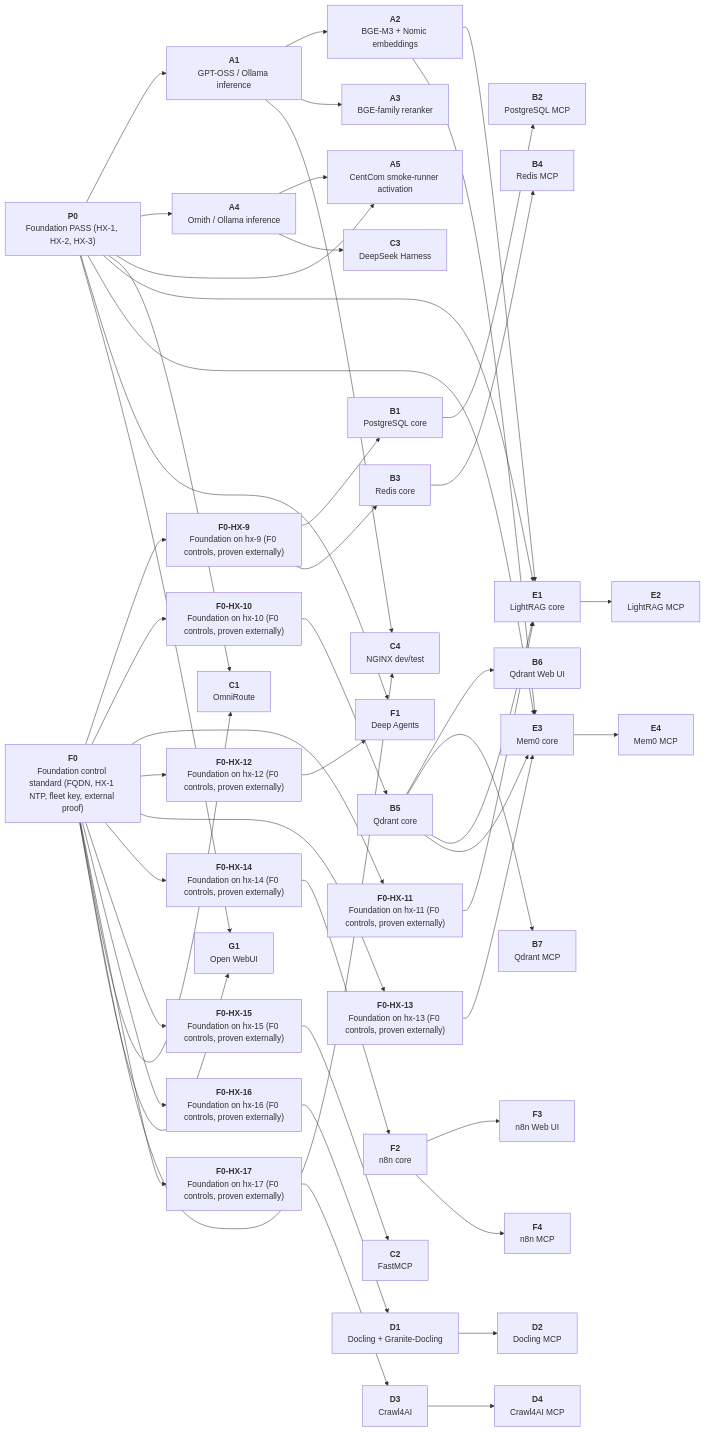
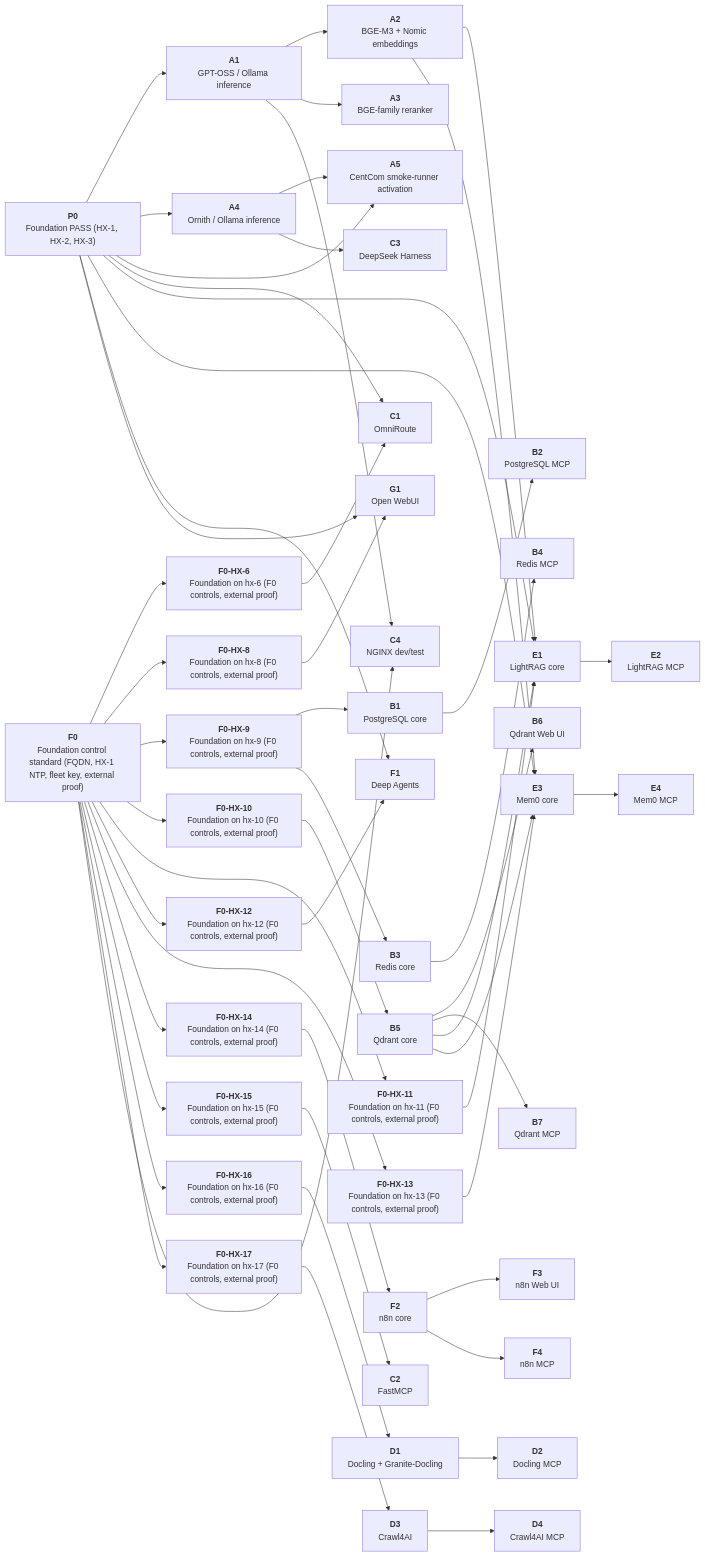
Before and after one commit to HX-Infratstructure/HX-Eco-System: the diagram in docs/00-control/HX-ECO-SYSTEM-SMOKE-TEST-ROADMAP.md, drawn with Mermaid. The commit also changed other lines of this file and 2 other files, not shown here.

````diff
--- a/docs/00-control/HX-ECO-SYSTEM-SMOKE-TEST-ROADMAP.md
+++ b/docs/00-control/HX-ECO-SYSTEM-SMOKE-TEST-ROADMAP.md
@@ -241,15 +243,17 @@
 flowchart LR
     P0["<b>P0</b><br/>Foundation PASS (HX-1, HX-2, HX-3)"]
     F0["<b>F0</b><br/>Foundation control standard (FQDN, HX-1 NTP, fleet key, external proof)"]
-    F0-HX-9["<b>F0-HX-9</b><br/>Foundation on hx-9 (F0 controls, proven externally)"]
-    F0-HX-10["<b>F0-HX-10</b><br/>Foundation on hx-10 (F0 controls, proven externally)"]
-    F0-HX-11["<b>F0-HX-11</b><br/>Foundation on hx-11 (F0 controls, proven externally)"]
-    F0-HX-12["<b>F0-HX-12</b><br/>Foundation on hx-12 (F0 controls, proven externally)"]
-    F0-HX-13["<b>F0-HX-13</b><br/>Foundation on hx-13 (F0 controls, proven externally)"]
-    F0-HX-14["<b>F0-HX-14</b><br/>Foundation on hx-14 (F0 controls, proven externally)"]
-    F0-HX-15["<b>F0-HX-15</b><br/>Foundation on hx-15 (F0 controls, proven externally)"]
-    F0-HX-16["<b>F0-HX-16</b><br/>Foundation on hx-16 (F0 controls, proven externally)"]
-    F0-HX-17["<b>F0-HX-17</b><br/>Foundation on hx-17 (F0 controls, proven externally)"]
+    F0-HX-6["<b>F0-HX-6</b><br/>Foundation on hx-6 (F0 controls, external proof)"]
+    F0-HX-8["<b>F0-HX-8</b><br/>Foundation on hx-8 (F0 controls, external proof)"]
+    F0-HX-9["<b>F0-HX-9</b><br/>Foundation on hx-9 (F0 controls, external proof)"]
+    F0-HX-10["<b>F0-HX-10</b><br/>Foundation on hx-10 (F0 controls, external proof)"]
+    F0-HX-11["<b>F0-HX-11</b><br/>Foundation on hx-11 (F0 controls, external proof)"]
+    F0-HX-12["<b>F0-HX-12</b><br/>Foundation on hx-12 (F0 controls, external proof)"]
+    F0-HX-13["<b>F0-HX-13</b><br/>Foundation on hx-13 (F0 controls, external proof)"]
+    F0-HX-14["<b>F0-HX-14</b><br/>Foundation on hx-14 (F0 controls, external proof)"]
+    F0-HX-15["<b>F0-HX-15</b><br/>Foundation on hx-15 (F0 controls, external proof)"]
+    F0-HX-16["<b>F0-HX-16</b><br/>Foundation on hx-16 (F0 controls, external proof)"]
+    F0-HX-17["<b>F0-HX-17</b><br/>Foundation on hx-17 (F0 controls, external proof)"]
     A1["<b>A1</b><br/>GPT-OSS / Ollama inference"]
     A2["<b>A2</b><br/>BGE-M3 + Nomic embeddings"]
     A3["<b>A3</b><br/>BGE-family reranker"]
@@ -280,6 +284,8 @@
     F4["<b>F4</b><br/>n8n MCP"]
     G1["<b>G1</b><br/>Open WebUI"]
 
+    F0 --> F0-HX-6
+    F0 --> F0-HX-8
     F0 --> F0-HX-9
     F0 --> F0-HX-10
     F0 --> F0-HX-11
@@ -303,7 +309,7 @@
     B5 --> B6
     B5 --> B7
     P0 --> C1
-    F0 --> C1
+    F0-HX-6 --> C1
     F0-HX-15 --> C2
     A4 --> C3
     A1 --> C4
@@ -328,5 +334,5 @@
     F2 --> F3
     F2 --> F4
     P0 --> G1
-    F0 --> G1
+    F0-HX-8 --> G1
 ```
````
